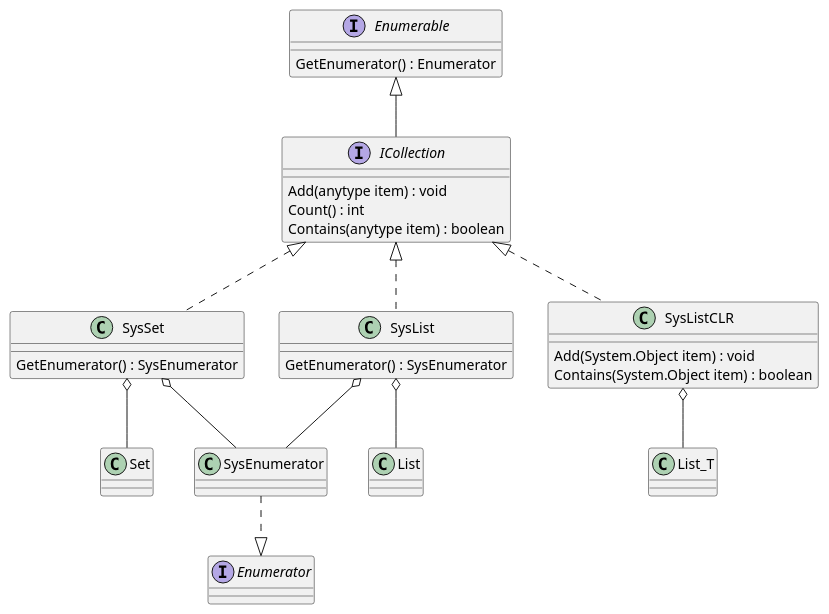
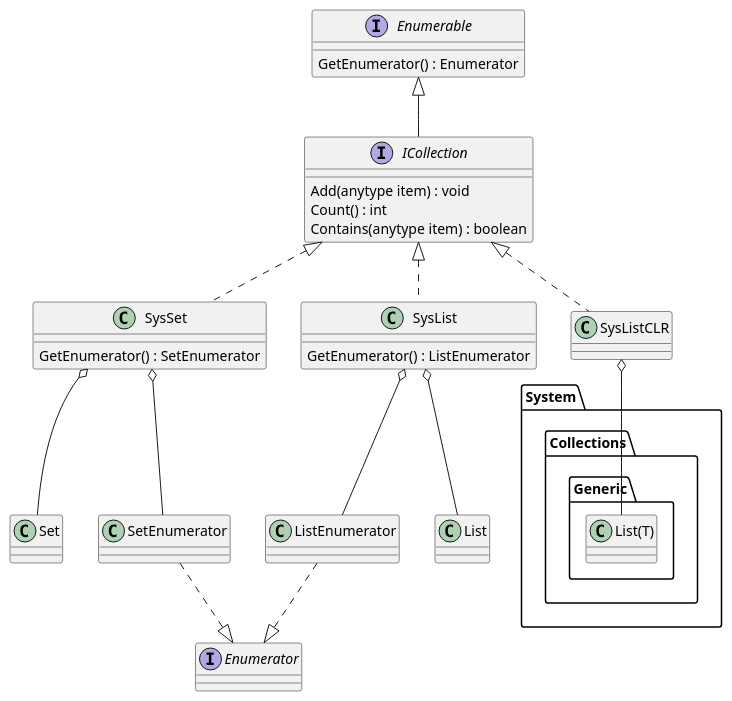
The diagram in schema.puml (d-tolstov/Ax2009-ICollection), drawn with PlantUML before and after one commit. The commit also changed 1 other file, not shown here.

Commit message:
Change schema

```diff
--- a/schema.puml
+++ b/schema.puml
@@ -1,51 +1,55 @@
 @startuml "ICollection"
 
 interface Enumerable{
     GetEnumerator() : Enumerator
 }
 
 interface ICollection{
     Add(anytype item) : void
     Count() : int
     Contains(anytype item) : boolean
 }
 Enumerable <|-- ICollection
 
 class SysSet{
-    GetEnumerator() : SysEnumerator
+    GetEnumerator() : SetEnumerator
 }
 ICollection <|.. SysSet
 
 class Set{
 }
 SysSet o-- Set
 
+class SetEnumerator{
+}
+SysSet o-- SetEnumerator
+
 class SysList{
-    GetEnumerator() : SysEnumerator
+    GetEnumerator() : ListEnumerator
 }
 ICollection <|.. SysList
+
+class ListEnumerator{
+}
+SysList o-- ListEnumerator
 
 class List{
 }
 SysList o-- List
 
-class SysEnumerator{
-}
-SysList o-- SysEnumerator
-SysSet o-- SysEnumerator
-
 interface Enumerator{
 }
-SysEnumerator ..|> Enumerator
+SetEnumerator ..|> Enumerator
+ListEnumerator ..|> Enumerator
 
 class SysListCLR{
-    Add(System.Object item) : void
-    Contains(System.Object item) : boolean
 }
 ICollection <|.. SysListCLR
 
-class List_T{
+package System.Collections.Generic{
+    class List(T){
+    }
+    SysListCLR o-- "List(T)"
 }
-SysListCLR o-- List_T
 
 @enduml
```
